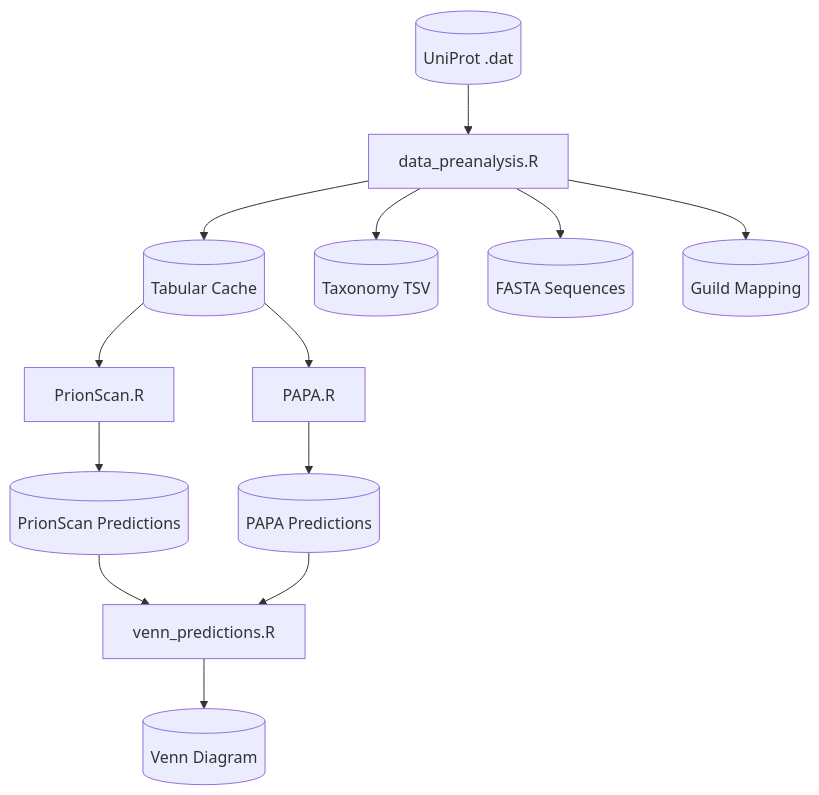
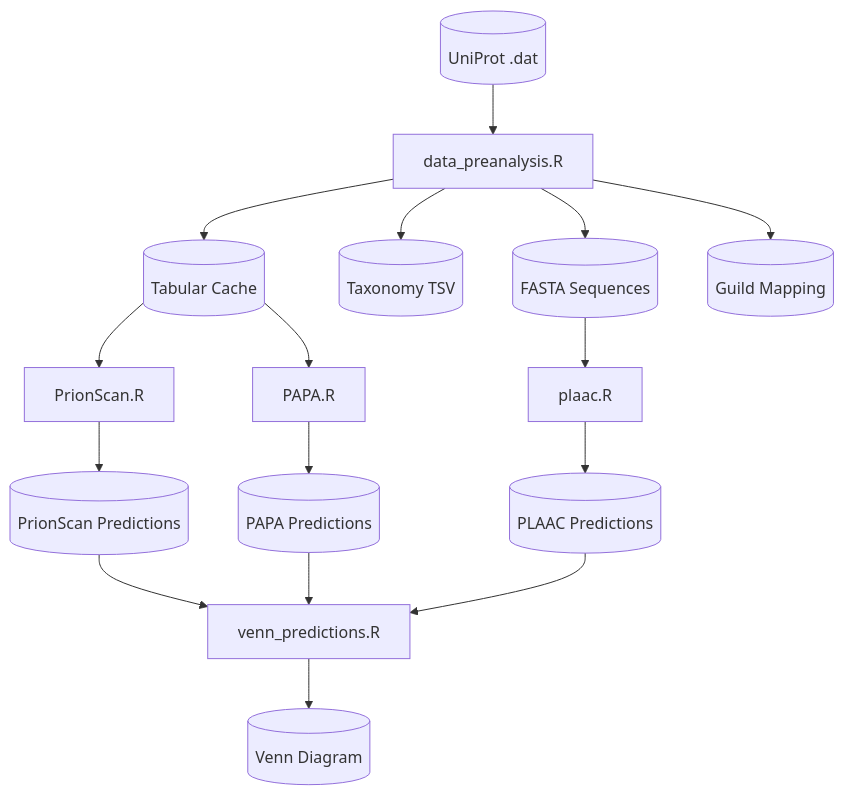
The diagram in README.md (sghignone/prion-prediction-pipeline), drawn with Mermaid before and after one commit. The commit also changed other lines of this file and 6 other files, not shown here.

````diff
--- a/README.md
+++ b/README.md
@@ -151,15 +180,18 @@
 ```mermaid
 flowchart TD
     DAT[("UniProt .dat")] --> S1[data_preanalysis.R]
     S1 --> TSV[("Tabular Cache")]
     S1 --> TAX[("Taxonomy TSV")]
     S1 --> FASTA[("FASTA Sequences")]
     S1 --> GUILD[("Guild Mapping")]
     TSV --> S2[PrionScan.R]
     TSV --> S3[PAPA.R]
+    FASTA --> S4[plaac.R]
     S2 --> PRION[("PrionScan Predictions")]
     S3 --> PAPA_OUT[("PAPA Predictions")]
+    S4 --> PLAAC_OUT[("PLAAC Predictions")]
     PRION --> VENN[venn_predictions.R]
     PAPA_OUT --> VENN
+    PLAAC_OUT --> VENN
     VENN --> VENN_OUT[("Venn Diagram")]
 ```
````
